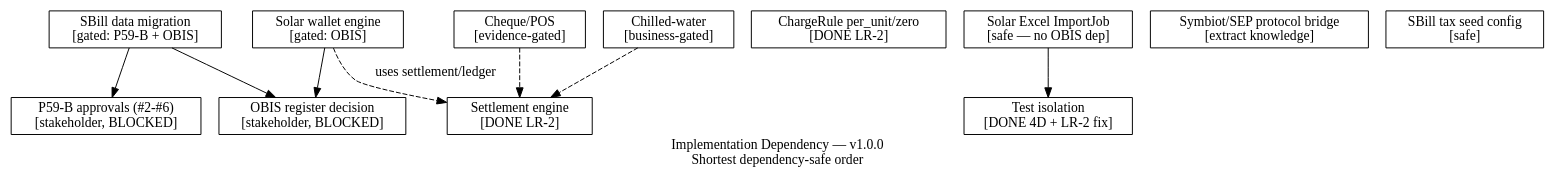
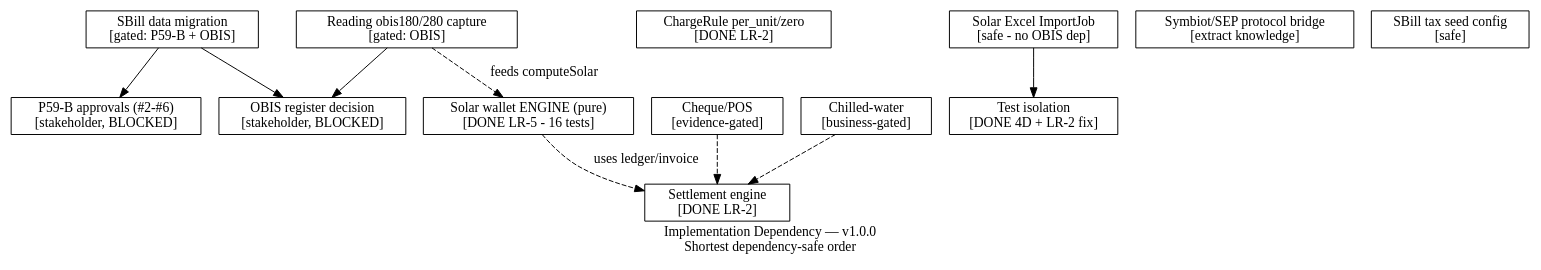
One commit to Kirllos360/MeterVerse changed the diagram in docs/architecture/graph/IMPLEMENTATION-DEPENDENCY.dot. Above: the diagram before and after it, drawn with Graphviz. The commit also changed 10 other files, not shown here.

```diff
--- a/docs/architecture/graph/IMPLEMENTATION-DEPENDENCY.dot
+++ b/docs/architecture/graph/IMPLEMENTATION-DEPENDENCY.dot
@@ -1,28 +1,30 @@
 // IMPLEMENTATION-DEPENDENCY graph — P59-C/LR-2A v1.0.0
 // Ordering for recovery/implementation targets (from LR-1/LR-2 evidence).
 digraph ImplDep {
   rankdir=TB;
   label="Implementation Dependency — v1.0.0\nShortest dependency-safe order";
 
   node [shape=box fillcolor="#e6f4ea"];
   P0a [label="P59-B approvals (#2-#6)\n[stakeholder, BLOCKED]" fillcolor="#fff1f0"];
   P0b [label="OBIS register decision\n[stakeholder, BLOCKED]" fillcolor="#fff1f0"];
   DONE_SETTLE [label="Settlement engine\n[DONE LR-2]" fillcolor="#d1f5d3"];
   DONE_CHARGE [label="ChargeRule per_unit/zero\n[DONE LR-2]" fillcolor="#d1f5d3"];
   DONE_ISO [label="Test isolation\n[DONE 4D + LR-2 fix]" fillcolor="#d1f5d3"];
-  P1_SOLAR [label="Solar wallet engine\n[gated: OBIS]"];
-  P1_EXCEL [label="Solar Excel ImportJob\n[safe — no OBIS dep]" fillcolor="#fef7e0"];
+  DONE_SOLAR [label="Solar wallet ENGINE (pure)\n[DONE LR-5 - 16 tests]" fillcolor="#d1f5d3"];
+  P1_SOLAR_CAP [label="Reading obis180/280 capture\n[gated: OBIS]"];
+  P1_EXCEL [label="Solar Excel ImportJob\n[safe - no OBIS dep]" fillcolor="#fef7e0"];
   P2_SYMB [label="Symbiot/SEP protocol bridge\n[extract knowledge]"];
   P2_TAX [label="SBill tax seed config\n[safe]"];
   P3_CHEQUE [label="Cheque/POS\n[evidence-gated]"];
   P3_CHILLED [label="Chilled-water\n[business-gated]"];
   P3_MIGRATE [label="SBill data migration\n[gated: P59-B + OBIS]" fillcolor="#fff1f0"];
 
   P1_EXCEL -> DONE_ISO;
-  P1_SOLAR -> P0b;
-  P1_SOLAR -> DONE_SETTLE [style=dashed label="uses settlement/ledger"];
+  P1_SOLAR_CAP -> P0b;
+  P1_SOLAR_CAP -> DONE_SOLAR [style=dashed label="feeds computeSolar"];
+  DONE_SOLAR -> DONE_SETTLE [style=dashed label="uses ledger/invoice"];
   P3_MIGRATE -> P0a;
   P3_MIGRATE -> P0b;
   P3_CHEQUE -> DONE_SETTLE [style=dashed];
   P3_CHILLED -> DONE_SETTLE [style=dashed];
 }
```
